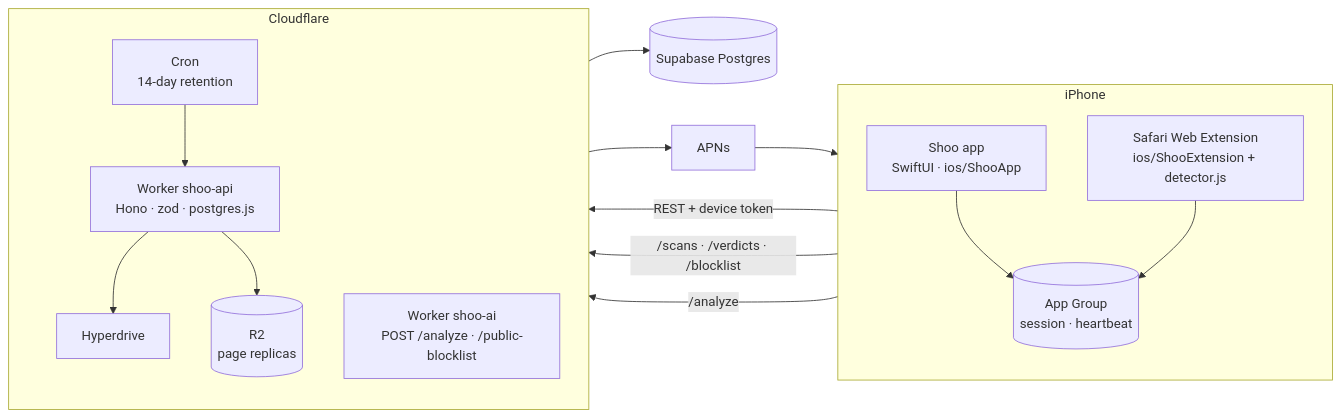
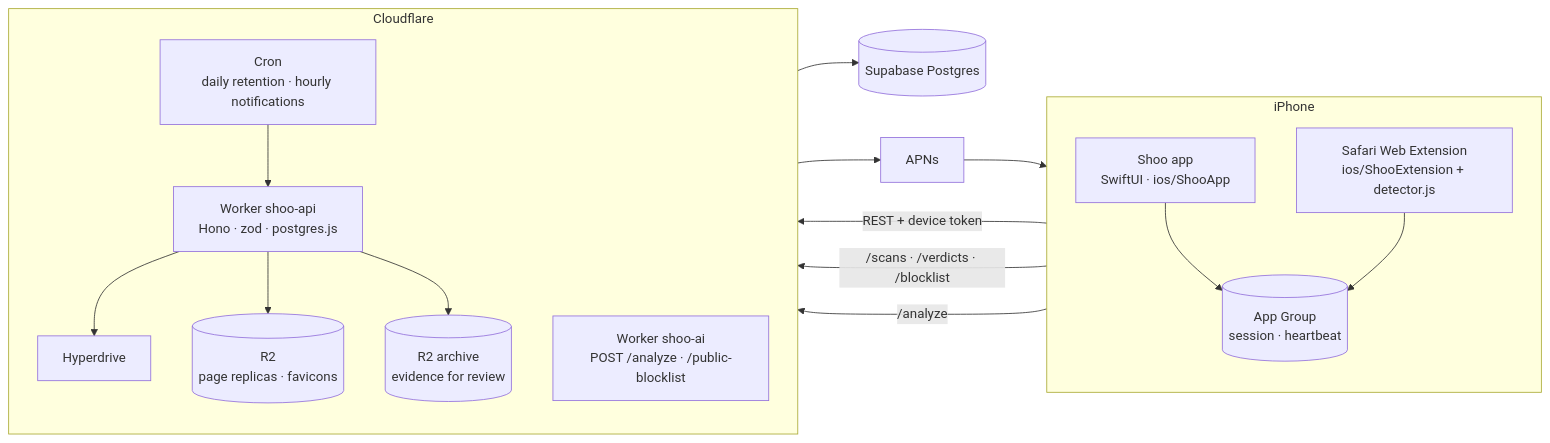
Before and after one commit to umarmuhdhor/Final-CH7: the third of 3 diagrams in README.md, drawn with Mermaid. The commit also changed other lines of this file and 10 other files, not shown here.

First line of the commit message:
docs: refresh architecture, backend, app and end-to-end flow docs against main

````diff
--- a/README.md
+++ b/README.md
@@ -160,31 +160,33 @@
 ```mermaid
 flowchart LR
   subgraph Phone["iPhone"]
     direction TB
     APP["Shoo app<br/>SwiftUI · ios/ShooApp"]
     EXT["Safari Web Extension<br/>ios/ShooExtension + detector.js"]
     AG[("App Group<br/>session · heartbeat")]
     APP --> AG
     EXT --> AG
   end
 
   subgraph CF["Cloudflare"]
     direction TB
     API["Worker shoo-api<br/>Hono · zod · postgres.js"]
     AI["Worker shoo-ai<br/>POST /analyze · /public-blocklist"]
     HD["Hyperdrive"]
-    R2[("R2<br/>page replicas")]
-    CRON["Cron<br/>14-day retention"]
+    R2[("R2<br/>page replicas · favicons")]
+    R2A[("R2 archive<br/>evidence for review")]
+    CRON["Cron<br/>daily retention · hourly notifications"]
   end
 
   PG[("Supabase Postgres")]
   APNS["APNs"]
 
   APP -->|"REST + device token"| API
   EXT -->|"/scans · /verdicts · /blocklist"| API
   EXT -->|"/analyze"| AI
   API --> HD --> PG
   API --> R2
+  API --> R2A
   CRON --> API
   API --> APNS --> APP
 ```
````
